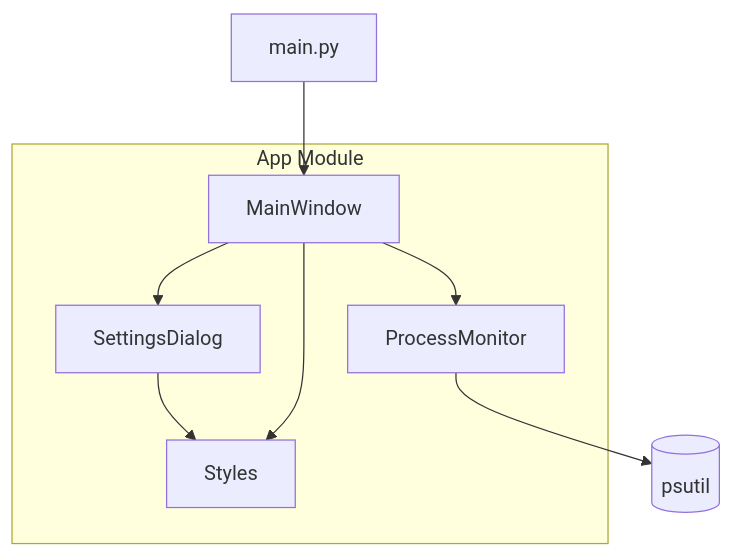
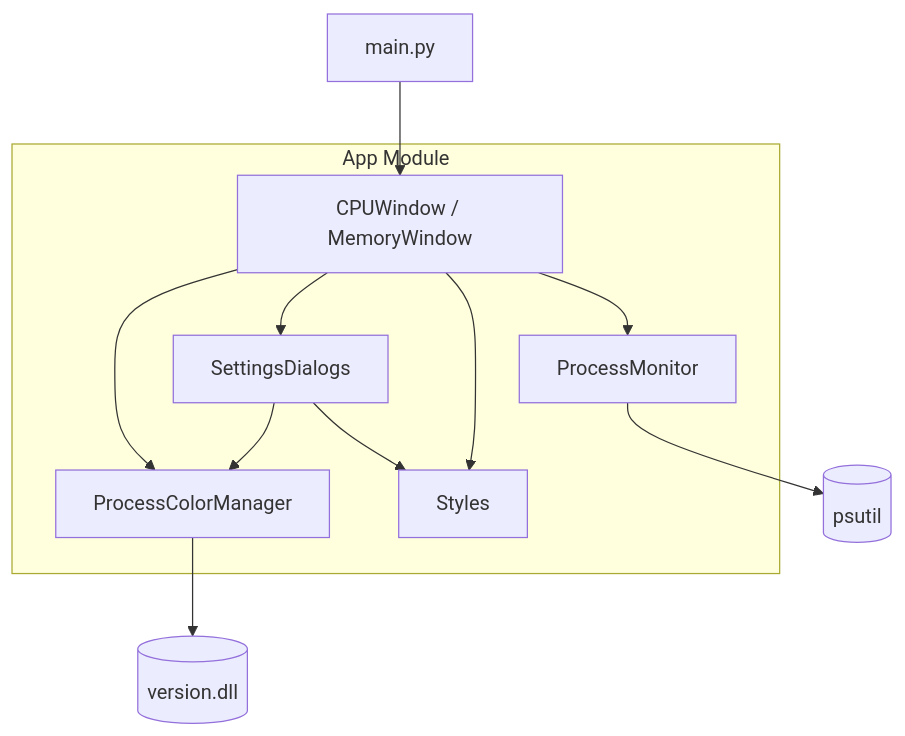
One commit to UVuruna/Vitals changed the diagram in app/__index.md. Above: the diagram before and after it, drawn with Mermaid. The commit also changed other lines of this file and 1 other file, not shown here.

Commit message:
1.1.390 Add color_management.md, update __index.md with ColorManager

````diff
--- a/app/__index.md
+++ b/app/__index.md
@@ -39,16 +41,20 @@
 ```mermaid
 flowchart TB
     subgraph APP["App Module"]
-        MW[MainWindow]
-        SD[SettingsDialog]
+        MW[CPUWindow / MemoryWindow]
+        SD[SettingsDialogs]
         PM[ProcessMonitor]
+        CM[ProcessColorManager]
         ST[Styles]
     end
 
     main.py --> MW
     MW --> SD
     MW --> PM
+    MW --> CM
+    SD --> CM
     SD --> ST
     MW --> ST
     PM --> psutil[(psutil)]
+    CM --> version.dll[(version.dll)]
 ```
````
